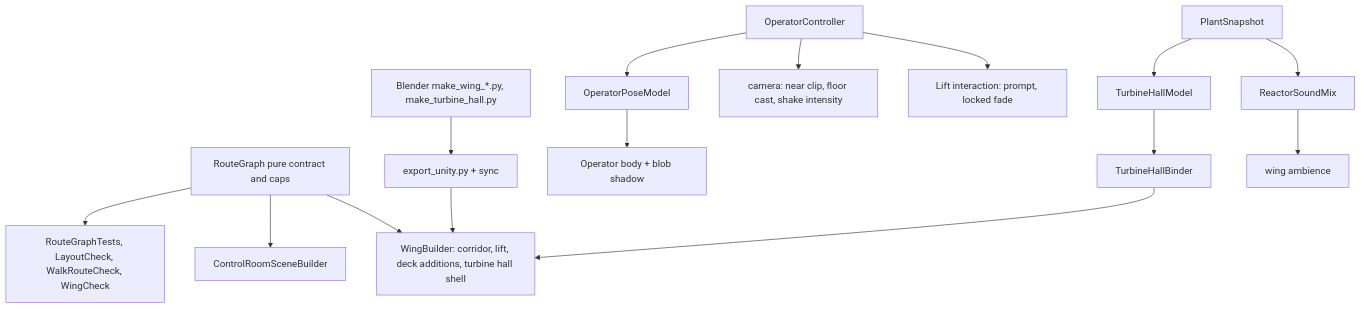
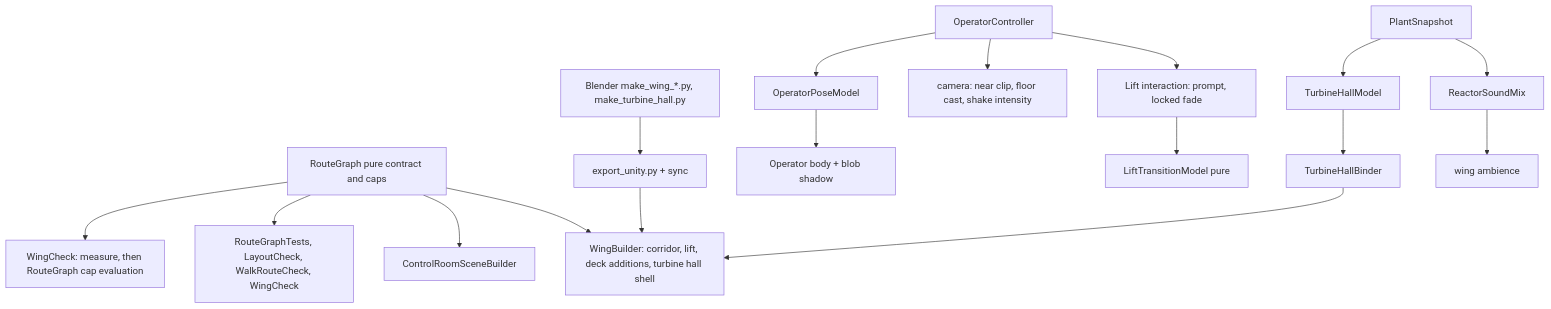
Before and after one commit to duketopceo/reactor-sim: the diagram in docs/plans/2026-11-14-ce-phase-2-player-buildings-plan.md, drawn with Mermaid. The commit also changed other lines of this file, not shown here.

````diff
--- a/docs/plans/2026-11-14-ce-phase-2-player-buildings-plan.md
+++ b/docs/plans/2026-11-14-ce-phase-2-player-buildings-plan.md
@@ -98,12 +103,13 @@
 ```mermaid
 flowchart TB
   RG[RouteGraph pure contract and caps] --> CB[ControlRoomSceneBuilder]
   RG --> WB[WingBuilder: corridor, lift, deck additions, turbine hall shell]
   RG --> T[RouteGraphTests, LayoutCheck, WalkRouteCheck, WingCheck]
   BL[Blender make_wing_*.py, make_turbine_hall.py] --> EX[export_unity.py + sync] --> WB
   OC[OperatorController] --> PM[OperatorPoseModel] --> Body[Operator body + blob shadow]
   OC --> Cam[camera: near clip, floor cast, shake intensity]
-  OC --> Lift[Lift interaction: prompt, locked fade]
+  OC --> Lift[Lift interaction: prompt, locked fade] --> LTM[LiftTransitionModel pure]
+  RG --> WC[WingCheck: measure, then RouteGraph cap evaluation]
   Snap[PlantSnapshot] --> TH[TurbineHallModel] --> TB[TurbineHallBinder] --> WB
   Snap --> Mix[ReactorSoundMix] --> Amb[wing ambience]
 ```
````
